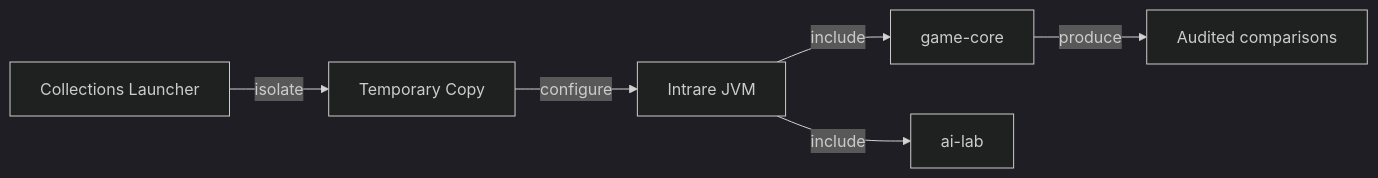
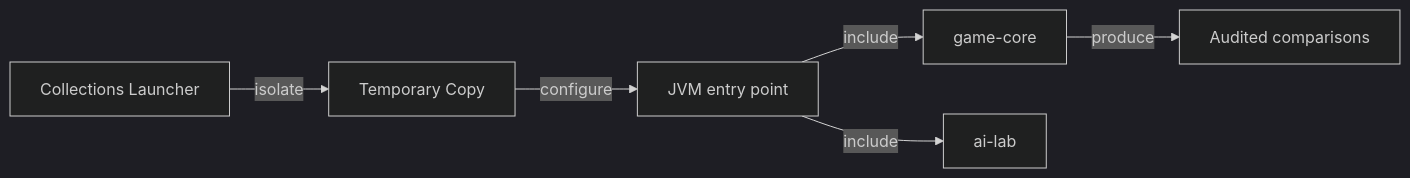
Before and after one commit to crististefanita/atf_j4: the diagram in whist-lab-app/algorithm-build/README.md, drawn with Mermaid (dark theme). The commit also changed other lines of this file and 126 other files, not shown here.

````diff
--- a/whist-lab-app/algorithm-build/README.md
+++ b/whist-lab-app/algorithm-build/README.md
@@ -11,8 +11,8 @@
 ```mermaid
 flowchart LR
     RUN[Collections Launcher] -->|isolate| COPY[Temporary Copy]
-    COPY -->|configure| BUILD[Intrare JVM]
+    COPY -->|configure| BUILD[JVM entry point]
     BUILD -->|include| CORE[game-core]
     BUILD -->|include| LAB[ai-lab]
     CORE -->|produce| RESULT[Audited comparisons]
 ```
````
